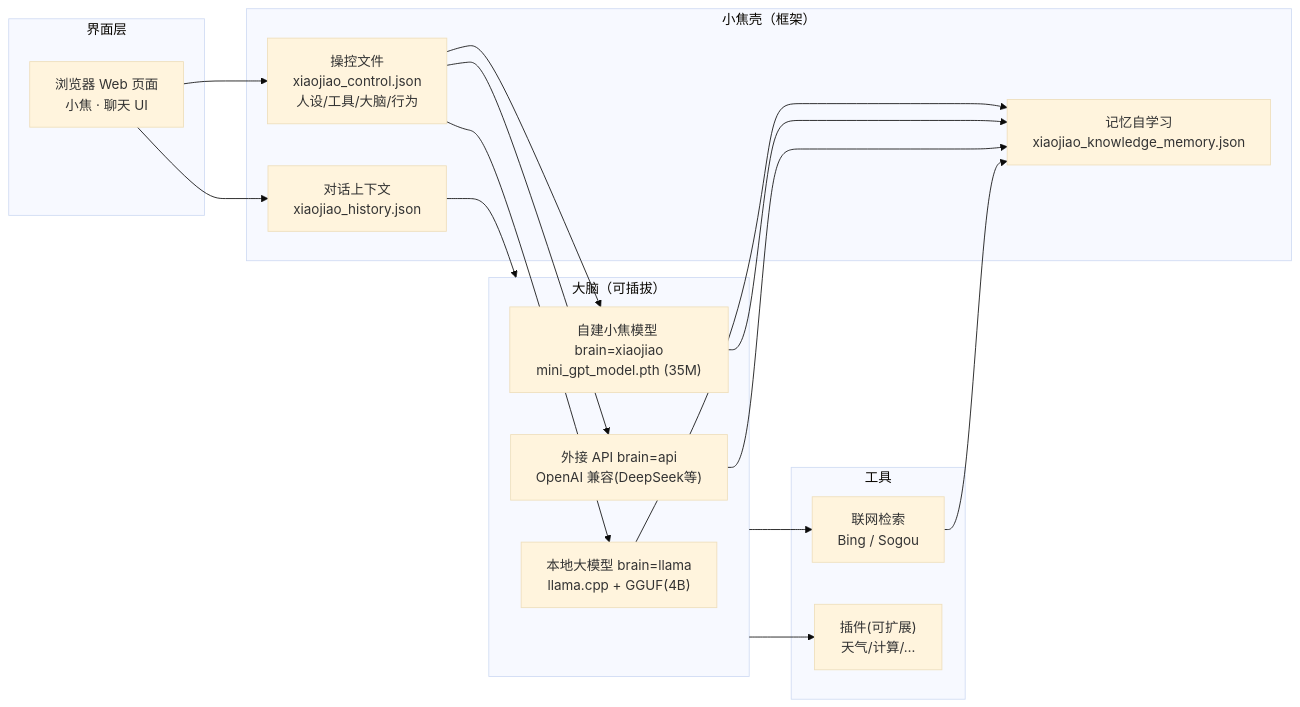
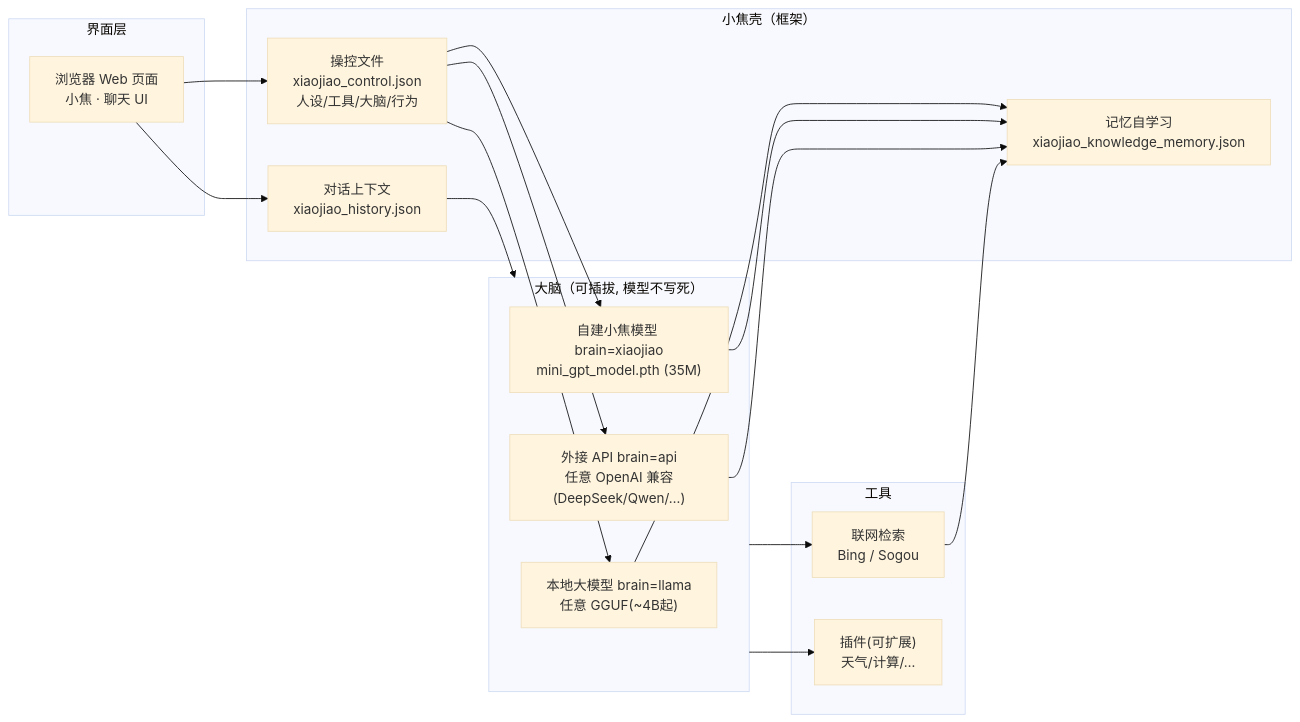
One commit to jiangchuangege/xiaojiao-harness changed the diagram in docs/model_cn.md. Above: the diagram before and after it, drawn with Mermaid (base theme). The commit also changed other lines of this file and 4 other files, not shown here.

````diff
--- a/docs/model_cn.md
+++ b/docs/model_cn.md
@@ -10,27 +10,27 @@
 ```mermaid
 flowchart LR
     subgraph UI["界面层"]
         U[浏览器 Web 页面<br/>小焦 · 聊天 UI]
     end
     subgraph Shell["小焦壳（框架）"]
         C["操控文件<br/>xiaojiao_control.json<br/>人设/工具/大脑/行为"]
         M["记忆自学习<br/>xiaojiao_knowledge_memory.json"]
         H["对话上下文<br/>xiaojiao_history.json"]
     end
-    subgraph Brain["大脑（可插拔）"]
-        B1["本地大模型 brain=llama<br/>llama.cpp + GGUF(4B)"]
+    subgraph Brain["大脑（可插拔, 模型不写死）"]
+        B1["本地大模型 brain=llama<br/>任意 GGUF(~4B起)"]
         B2["自建小焦模型 brain=xiaojiao<br/>mini_gpt_model.pth (35M)"]
-        B3["外接 API brain=api<br/>OpenAI 兼容(DeepSeek等)"]
+        B3["外接 API brain=api<br/>任意 OpenAI 兼容(DeepSeek/Qwen/…)"]
     end
     subgraph Tools["工具"]
         S["联网检索<br/>Bing / Sogou"]
         P["插件(可扩展)<br/>天气/计算/…"]
     end
 
     U --> C
     C --> B1 & B2 & B3
     B1 & B2 & B3 --> M
     U --> H --> Brain
     Brain --> S & P
     S --> M
 ```
````
